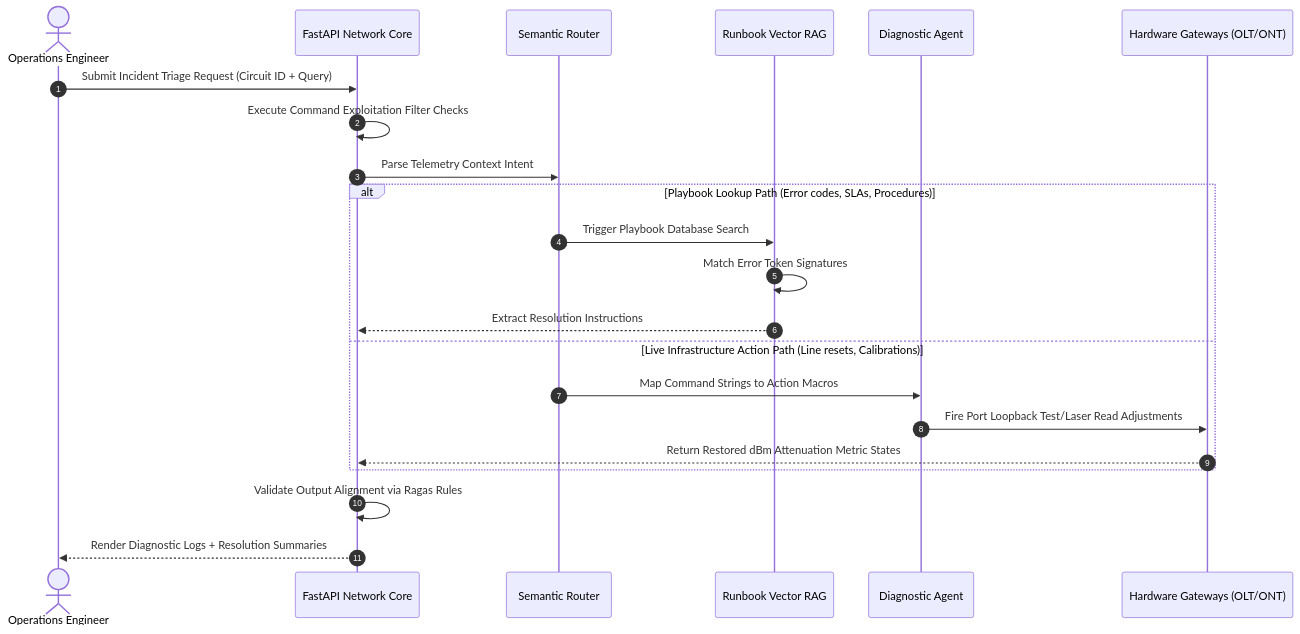
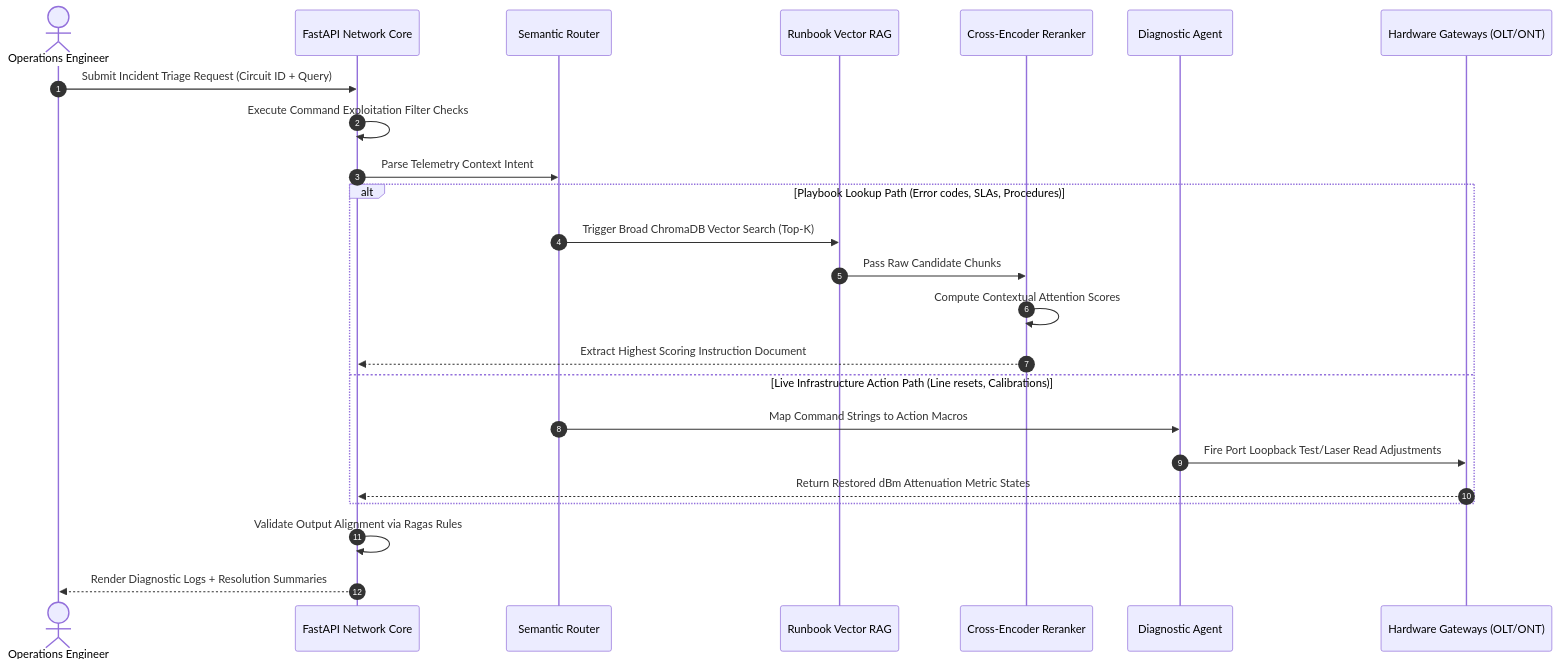
The second of 2 diagrams in README.md (rshenoy1/telco-network-agent), drawn with Mermaid before and after one commit. The commit also changed other lines of this file and 2 other files, not shown here.

Commit message:
feat: integrate FlashRank Cross-Encoder reranking and modernize FastAPI lifespan events

````diff
--- a/README.md
+++ b/README.md
@@ -38,27 +39,29 @@
 ```mermaid
 sequenceDiagram
     autonumber
     actor NOC as Operations Engineer
     participant API as FastAPI Network Core
     participant Router as Semantic Router
     participant RAG as Runbook Vector RAG
+    participant Rerank as Cross-Encoder Reranker
     participant Agent as Diagnostic Agent
     participant Network as Hardware Gateways (OLT/ONT)
     
     NOC->>API: Submit Incident Triage Request (Circuit ID + Query)
     API->>API: Execute Command Exploitation Filter Checks
     API->>Router: Parse Telemetry Context Intent
     
     alt Playbook Lookup Path (Error codes, SLAs, Procedures)
-        Router->>RAG: Trigger Playbook Database Search
-        RAG->>RAG: Match Error Token Signatures
-        RAG-->>API: Extract Resolution Instructions
+        Router->>RAG: Trigger Broad ChromaDB Vector Search (Top-K)
+        RAG->>Rerank: Pass Raw Candidate Chunks
+        Rerank->>Rerank: Compute Contextual Attention Scores
+        Rerank-->>API: Extract Highest Scoring Instruction Document
     else Live Infrastructure Action Path (Line resets, Calibrations)
         Router->>Agent: Map Command Strings to Action Macros
         Agent->>Network: Fire Port Loopback Test/Laser Read Adjustments
         Network-->>API: Return Restored dBm Attenuation Metric States
     end
     
     API->>API: Validate Output Alignment via Ragas Rules
     API-->>NOC: Render Diagnostic Logs + Resolution Summaries
 ```
````
